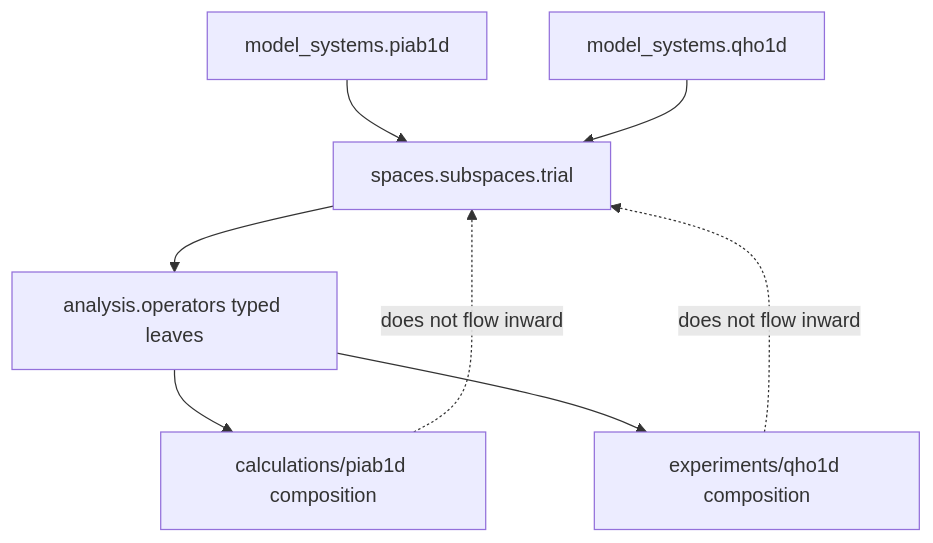
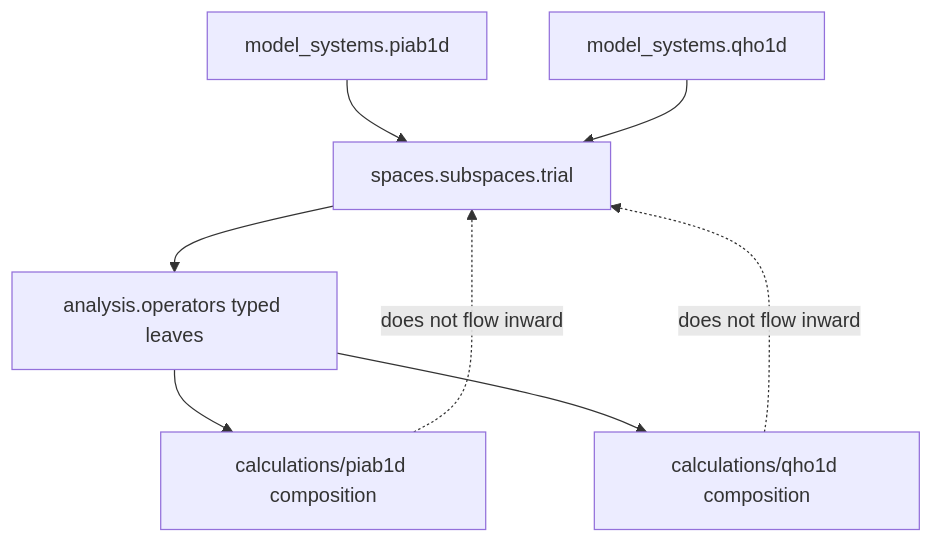
One commit to eragasa/ksdft2effmass changed the third of 3 diagrams in docs/architecture/v3/ksdft2effmass/spaces/subspaces/trial/schematics.md. Above: the diagram before and after it, drawn with Mermaid. The commit also changed 17 other files, not shown here.

````diff
--- a/docs/architecture/v3/ksdft2effmass/spaces/subspaces/trial/schematics.md
+++ b/docs/architecture/v3/ksdft2effmass/spaces/subspaces/trial/schematics.md
@@ -55,11 +55,11 @@
 ```mermaid
 flowchart TB
     piab["model_systems.piab1d"] --> leaf["spaces.subspaces.trial"]
     qho["model_systems.qho1d"] --> leaf
     leaf --> analysis["analysis.operators typed leaves"]
     analysis --> piabcalc["calculations/piab1d composition"]
-    analysis --> qhoexp["experiments/qho1d composition"]
+    analysis --> qhocalc["calculations/qho1d composition"]
 
     piabcalc -. "does not flow inward" .-> leaf
-    qhoexp -. "does not flow inward" .-> leaf
+    qhocalc -. "does not flow inward" .-> leaf
 ```
````
